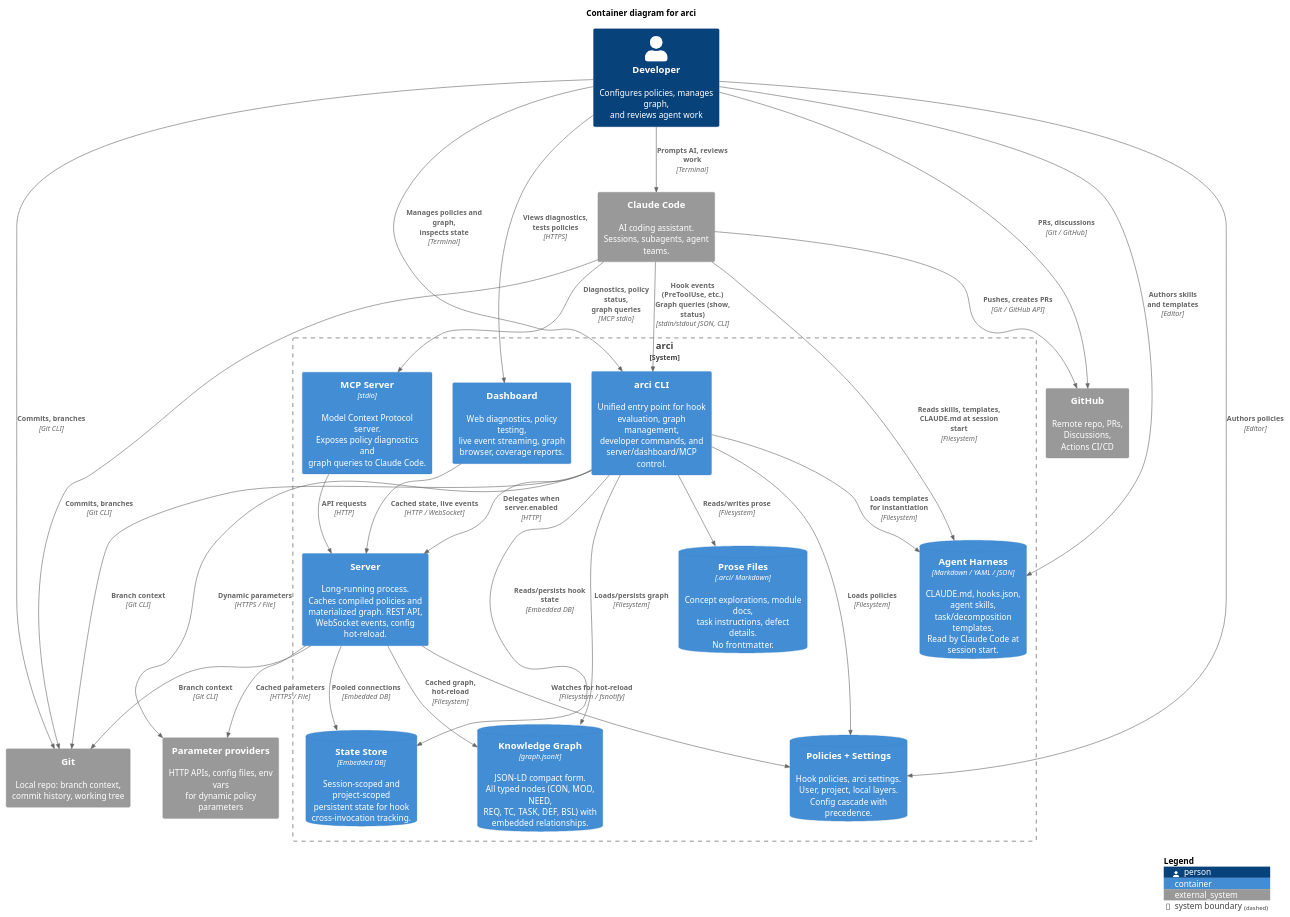
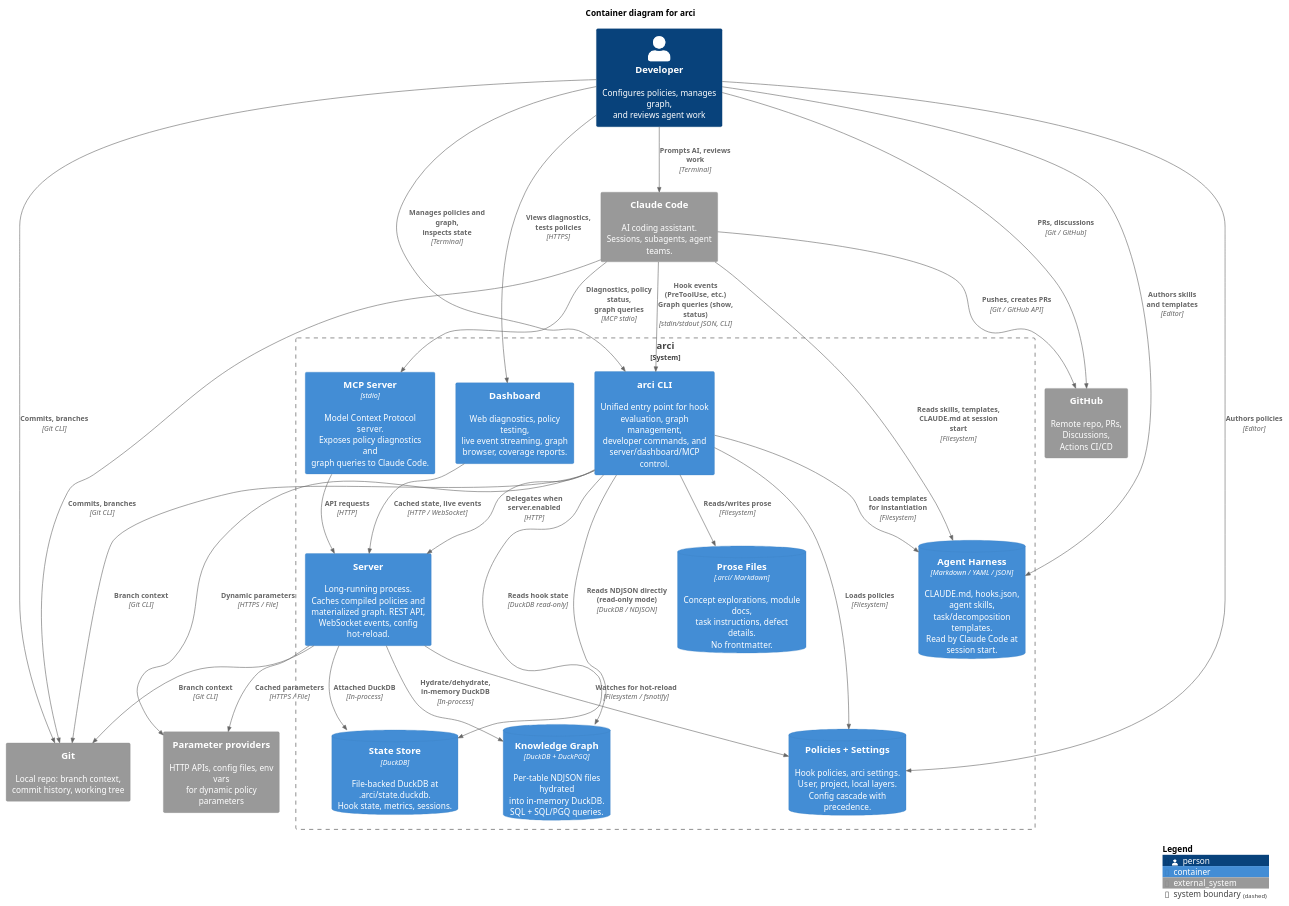
The diagram in docs/design/diagrams/arci-c4-container.puml (krav-sh/krav), drawn with PlantUML before and after one commit. The commit also changed 19 other files, not shown here.

First line of the commit message:
docs: update design documentation for DuckDB + DuckPGQ unified data engine

```diff
--- a/docs/design/diagrams/arci-c4-container.puml
+++ b/docs/design/diagrams/arci-c4-container.puml
@@ -1,71 +1,71 @@
 @startuml arci-c4-container
 !include <C4/C4_Container>
 
 title Container diagram for arci
 
 Person(developer, "Developer", "Configures policies, manages graph,\nand reviews agent work")
 
 System_Ext(claude_code, "Claude Code", "AI coding assistant.\nSessions, subagents, agent teams.")
 System_Ext(git, "Git", "Local repo: branch context,\ncommit history, working tree")
 System_Ext(github, "GitHub", "Remote repo, PRs, Discussions,\nActions CI/CD")
 System_Ext(param_providers, "Parameter providers", "HTTP APIs, config files, env vars\nfor dynamic policy parameters")
 
 System_Boundary(arci, "arci") {
 
     Container(cli, "arci CLI", "", "Unified entry point for hook\nevaluation, graph management,\ndeveloper commands, and\nserver/dashboard/MCP control.")
 
     Container(server, "Server", "", "Long-running process.\nCaches compiled policies and\nmaterialized graph. REST API,\nWebSocket events, config hot-reload.")
 
     Container(dashboard, "Dashboard", "", "Web diagnostics, policy testing,\nlive event streaming, graph\nbrowser, coverage reports.")
 
     Container(mcp, "MCP Server", "stdio", "Model Context Protocol server.\nExposes policy diagnostics and\ngraph queries to Claude Code.")
 
-    ContainerDb(state_store, "State Store", "Embedded DB", "Session-scoped and project-scoped\npersistent state for hook\ncross-invocation tracking.")
+    ContainerDb(state_store, "State Store", "DuckDB", "File-backed DuckDB at\n.arci/state.duckdb.\nHook state, metrics, sessions.")
 
-    ContainerDb(graph_db, "Knowledge Graph", "graph.jsonlt", "JSON-LD compact form.\nAll typed nodes (CON, MOD, NEED,\nREQ, TC, TASK, DEF, BSL) with\nembedded relationships.")
+    ContainerDb(graph_db, "Knowledge Graph", "DuckDB + DuckPGQ", "Per-table NDJSON files hydrated\ninto in-memory DuckDB.\nSQL + SQL/PGQ queries.")
 
     ContainerDb(prose_files, "Prose Files", ".arci/ Markdown", "Concept explorations, module docs,\ntask instructions, defect details.\nNo frontmatter.")
 
     ContainerDb(policy_config, "Policies + Settings", "", "Hook policies, arci settings.\nUser, project, local layers.\nConfig cascade with precedence.")
 
     ContainerDb(harness_config, "Agent Harness", "Markdown / YAML / JSON", "CLAUDE.md, hooks.json, agent skills,\ntask/decomposition templates.\nRead by Claude Code at session start.")
 }
 
 ' === Developer relationships ===
 Rel(developer, claude_code, "Prompts AI, reviews work", "Terminal")
 Rel(developer, cli, "Manages policies and graph,\ninspects state", "Terminal")
 Rel(developer, dashboard, "Views diagnostics,\ntests policies", "HTTPS")
 Rel(developer, policy_config, "Authors policies", "Editor")
 Rel(developer, harness_config, "Authors skills\nand templates", "Editor")
 Rel(developer, git, "Commits, branches", "Git CLI")
 Rel(developer, github, "PRs, discussions", "Git / GitHub")
 
 ' === Claude Code relationships ===
 Rel(claude_code, cli, "Hook events (PreToolUse, etc.)\nGraph queries (show, status)", "stdin/stdout JSON, CLI")
 Rel(claude_code, mcp, "Diagnostics, policy status,\ngraph queries", "MCP stdio")
 Rel(claude_code, harness_config, "Reads skills, templates,\nCLAUDE.md at session start", "Filesystem")
 Rel(claude_code, git, "Commits, branches", "Git CLI")
 Rel(claude_code, github, "Pushes, creates PRs", "Git / GitHub API")
 
 ' === Runtime relationships ===
 Rel(cli, server, "Delegates when server.enabled", "HTTP")
-Rel(cli, state_store, "Reads/persists hook state", "Embedded DB")
-Rel(cli, graph_db, "Loads/persists graph", "Filesystem")
+Rel(cli, state_store, "Reads hook state", "DuckDB read-only")
+Rel(cli, graph_db, "Reads NDJSON directly\n(read-only mode)", "DuckDB / NDJSON")
 Rel(cli, prose_files, "Reads/writes prose", "Filesystem")
 Rel(cli, policy_config, "Loads policies", "Filesystem")
 Rel(cli, harness_config, "Loads templates\nfor instantiation", "Filesystem")
 Rel(cli, git, "Branch context", "Git CLI")
 Rel(cli, param_providers, "Dynamic parameters", "HTTPS / File")
 
-Rel(server, state_store, "Pooled connections", "Embedded DB")
-Rel(server, graph_db, "Cached graph, hot-reload", "Filesystem")
+Rel(server, state_store, "Attached DuckDB", "In-process")
+Rel(server, graph_db, "Hydrate/dehydrate,\nin-memory DuckDB", "In-process")
 Rel(server, policy_config, "Watches for hot-reload", "Filesystem / fsnotify")
 Rel(server, param_providers, "Cached parameters", "HTTPS / File")
 Rel(server, git, "Branch context", "Git CLI")
 
 Rel(mcp, server, "API requests", "HTTP")
 Rel(dashboard, server, "Cached state, live events", "HTTP / WebSocket")
 
 SHOW_LEGEND()
 
 @enduml
```
